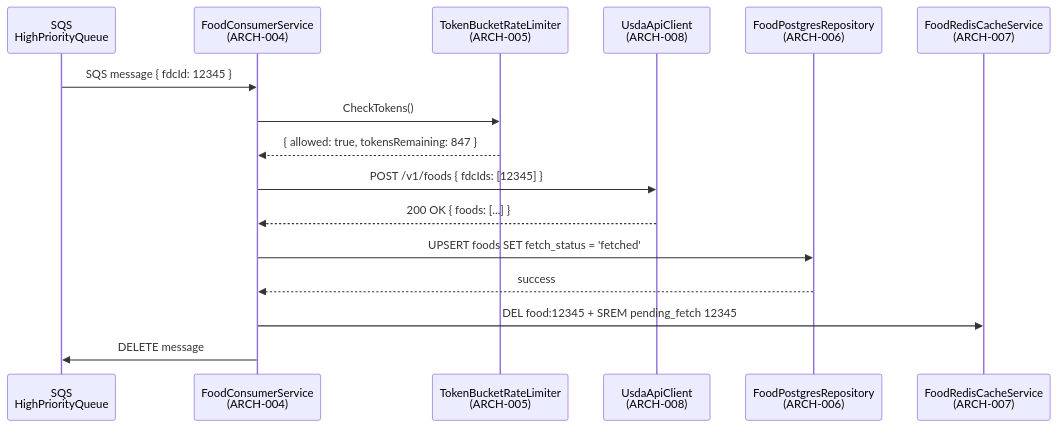
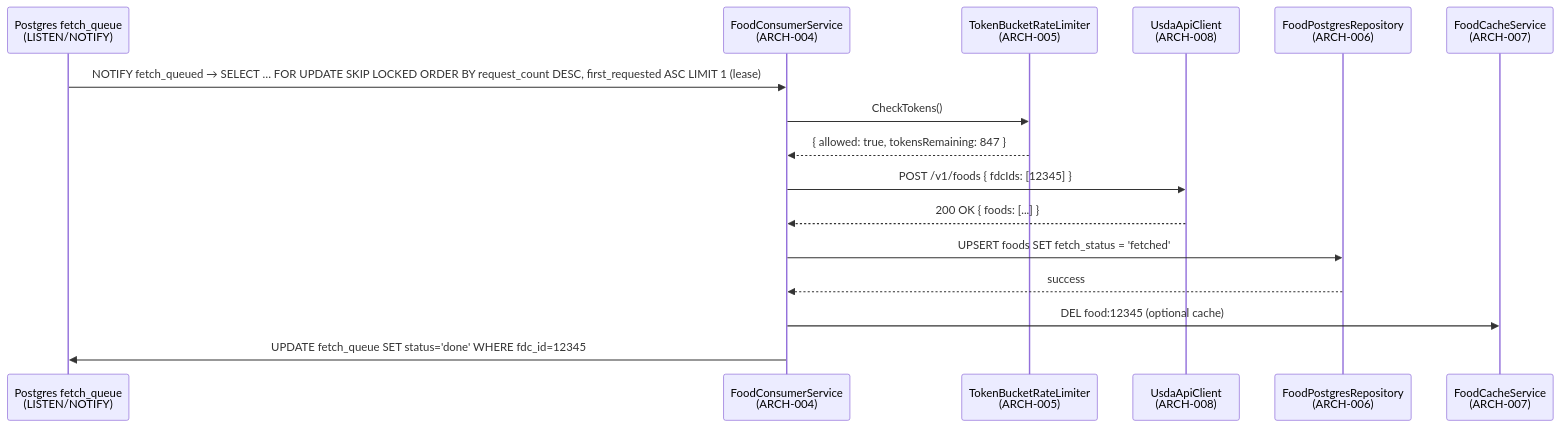
One commit to radicle-co/KitchenSink changed the fourth of 8 diagrams in specs/003-usda-food-data/v-model/architecture-design.md. Above: the diagram before and after it, drawn with Mermaid. The commit also changed other lines of this file and 15 other files, not shown here.

````diff
--- a/specs/003-usda-food-data/v-model/architecture-design.md
+++ b/specs/003-usda-food-data/v-model/architecture-design.md
@@ -119,19 +117,19 @@
 ```mermaid
 sequenceDiagram
-    participant Q as SQS<br/>HighPriorityQueue
+    participant Q as Postgres fetch_queue<br/>(LISTEN/NOTIFY)
     participant L as FoodConsumerService<br/>(ARCH-004)
     participant T as TokenBucketRateLimiter<br/>(ARCH-005)
     participant U as UsdaApiClient<br/>(ARCH-008)
     participant P as FoodPostgresRepository<br/>(ARCH-006)
-    participant R as FoodRedisCacheService<br/>(ARCH-007)
+    participant R as FoodCacheService<br/>(ARCH-007)
 
-    Q->>L: SQS message { fdcId: 12345 }
+    Q->>L: NOTIFY fetch_queued → SELECT … FOR UPDATE SKIP LOCKED ORDER BY request_count DESC, first_requested ASC LIMIT 1 (lease)
     L->>T: CheckTokens()
     T-->>L: { allowed: true, tokensRemaining: 847 }
     L->>U: POST /v1/foods { fdcIds: [12345] }
     U-->>L: 200 OK { foods: [...] }
     L->>P: UPSERT foods SET fetch_status = 'fetched'
     P-->>L: success
-    L->>R: DEL food:12345 + SREM pending_fetch 12345
-    L->>Q: DELETE message
+    L->>R: DEL food:12345 (optional cache)
+    L->>Q: UPDATE fetch_queue SET status='done' WHERE fdc_id=12345
 ```
````
